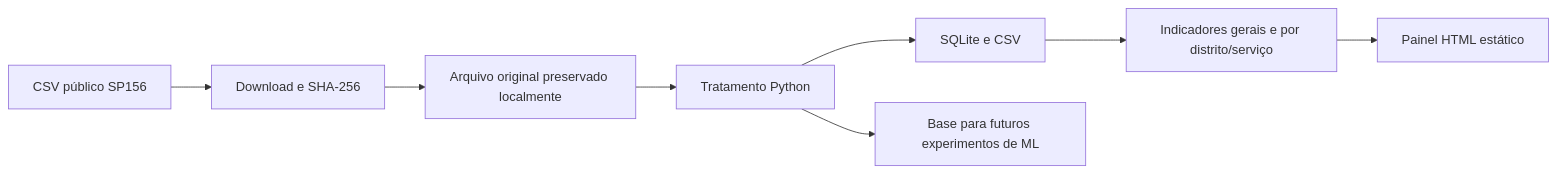
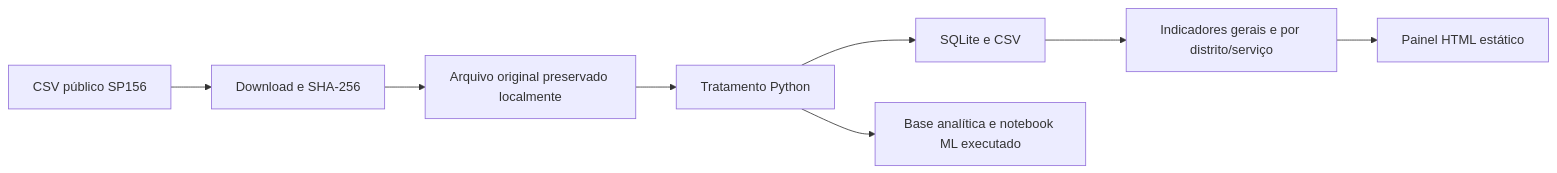
Before and after one commit to Estevamboccuggi/ResolveBairro: the diagram in docs/arquitetura.md, drawn with Mermaid. The commit also changed other lines of this file and 22 other files, not shown here.

````diff
--- a/docs/arquitetura.md
+++ b/docs/arquitetura.md
@@ -5,10 +5,10 @@
 ```mermaid
 flowchart LR
     A[CSV público SP156] --> B[Download e SHA-256]
     B --> C[Arquivo original preservado localmente]
     C --> D[Tratamento Python]
     D --> E[SQLite e CSV]
     E --> F[Indicadores gerais e por distrito/serviço]
     F --> G[Painel HTML estático]
-    D --> H[Base para futuros experimentos de ML]
+    D --> H[Base analítica e notebook ML executado]
 ```
````
